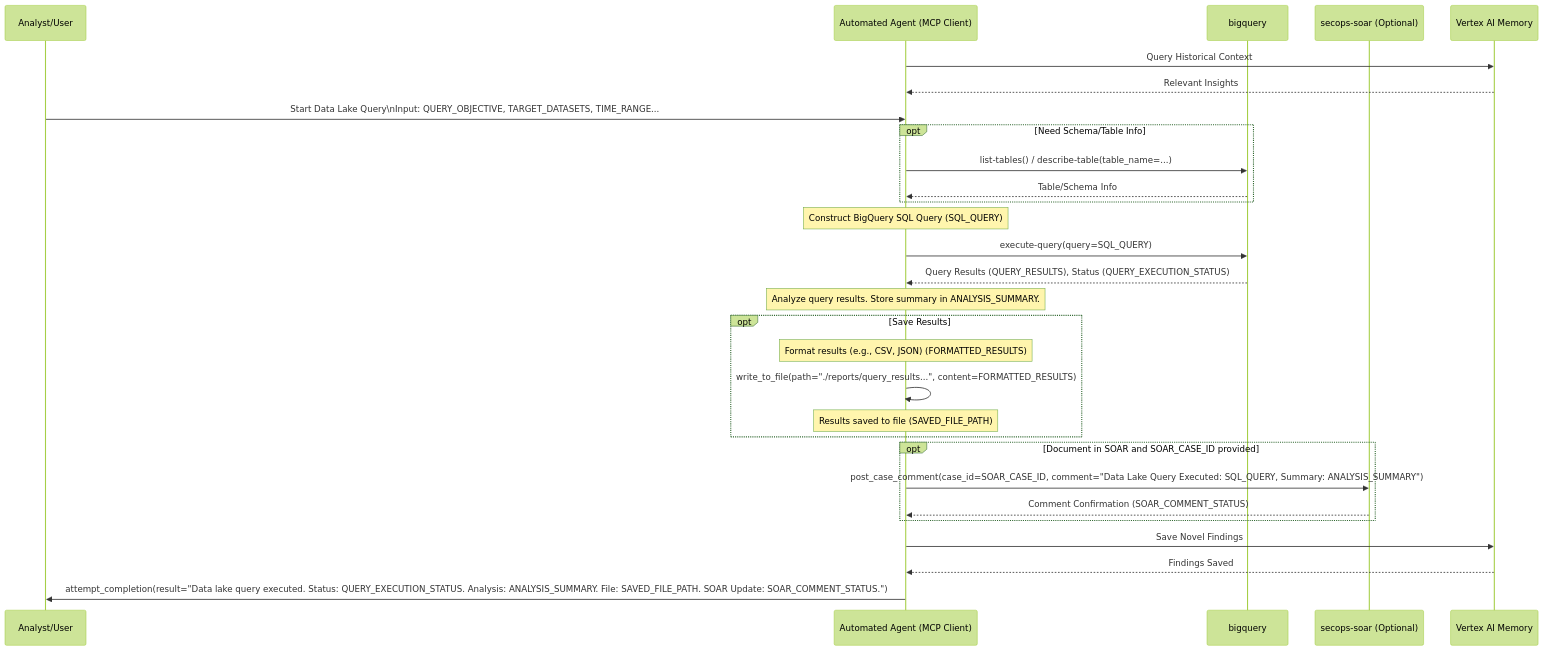
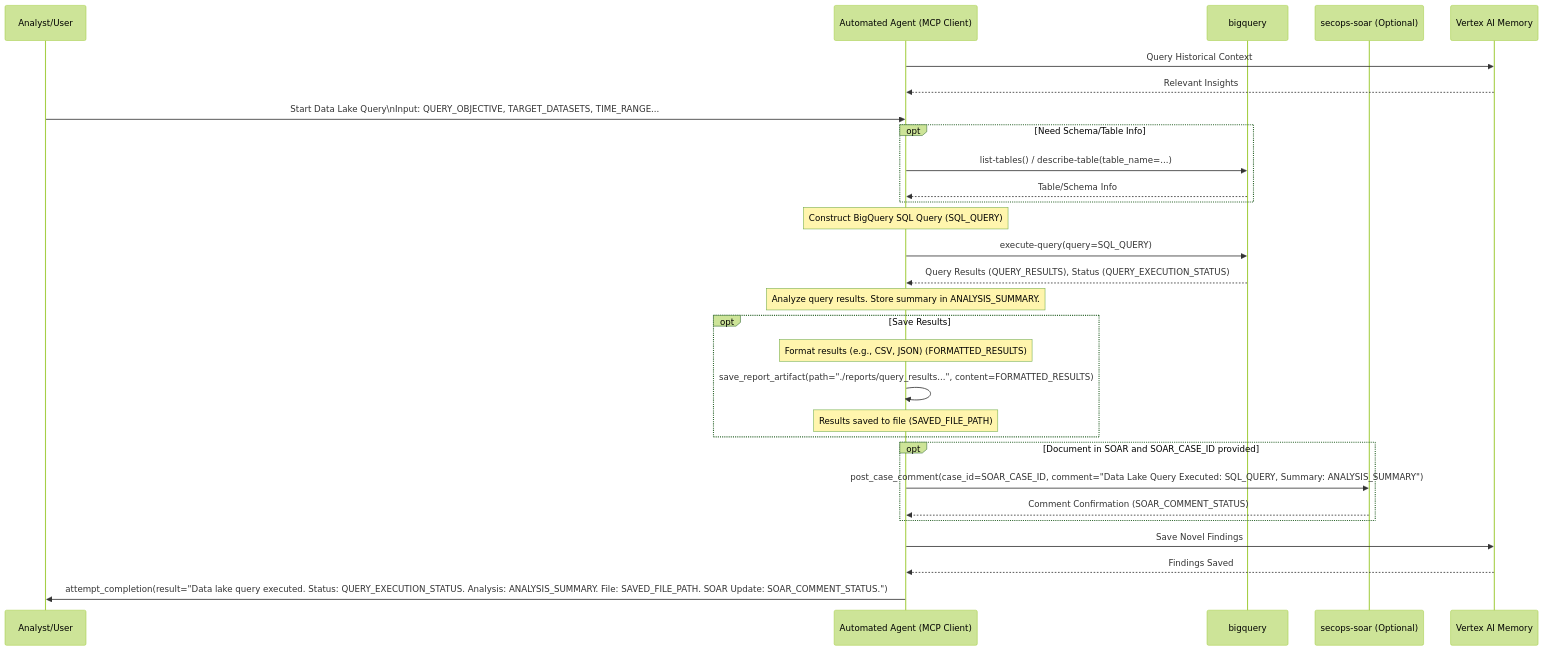
The diagram in rules-bank/run_books/data_lake_queries.md (dandye/adk_runbooks), drawn with Mermaid (forest theme) before and after one commit. The commit also changed other lines of this file and 109 other files, not shown here.

````diff
--- a/rules-bank/run_books/data_lake_queries.md
+++ b/rules-bank/run_books/data_lake_queries.md
@@ -58,48 +62,48 @@
 ```mermaid
 sequenceDiagram
     participant Analyst/User
     participant AutomatedAgent as Automated Agent (MCP Client)
     participant BigQuery as bigquery
     participant SOAR as secops-soar (Optional)
     participant Memory as Vertex AI Memory
 
 
     %% Step: Query Memory Context
     AutomatedAgent->>Memory: Query Historical Context
     Memory-->>AutomatedAgent: Relevant Insights
     Analyst/User->>AutomatedAgent: Start Data Lake Query\nInput: QUERY_OBJECTIVE, TARGET_DATASETS, TIME_RANGE...
 
     %% Step 1: Define Query
     opt Need Schema/Table Info
         AutomatedAgent->>BigQuery: list-tables() / describe-table(table_name=...)
         BigQuery-->>AutomatedAgent: Table/Schema Info
     end
     Note over AutomatedAgent: Construct BigQuery SQL Query (SQL_QUERY)
 
     %% Step 2: Execute Query
     AutomatedAgent->>BigQuery: execute-query(query=SQL_QUERY)
     BigQuery-->>AutomatedAgent: Query Results (QUERY_RESULTS), Status (QUERY_EXECUTION_STATUS)
 
     %% Step 3: Analyze Results
     Note over AutomatedAgent: Analyze query results. Store summary in ANALYSIS_SUMMARY.
 
     %% Step 4: Format/Save Results (Optional)
     opt Save Results
         Note over AutomatedAgent: Format results (e.g., CSV, JSON) (FORMATTED_RESULTS)
-        AutomatedAgent->>AutomatedAgent: write_to_file(path="./reports/query_results...", content=FORMATTED_RESULTS)
+        AutomatedAgent->>AutomatedAgent: save_report_artifact(path="./reports/query_results...", content=FORMATTED_RESULTS)
         Note over AutomatedAgent: Results saved to file (SAVED_FILE_PATH)
     end
 
     %% Step 5: Document (Optional)
     opt Document in SOAR and SOAR_CASE_ID provided
         AutomatedAgent->>SOAR: post_case_comment(case_id=SOAR_CASE_ID, comment="Data Lake Query Executed: SQL_QUERY, Summary: ANALYSIS_SUMMARY")
         SOAR-->>AutomatedAgent: Comment Confirmation (SOAR_COMMENT_STATUS)
     end
 
 
     %% Step: Save Findings to Memory
     AutomatedAgent->>Memory: Save Novel Findings
     Memory-->>AutomatedAgent: Findings Saved
     AutomatedAgent->>Analyst/User: attempt_completion(result="Data lake query executed. Status: QUERY_EXECUTION_STATUS. Analysis: ANALYSIS_SUMMARY. File: SAVED_FILE_PATH. SOAR Update: SOAR_COMMENT_STATUS.")
 
 ```
````
